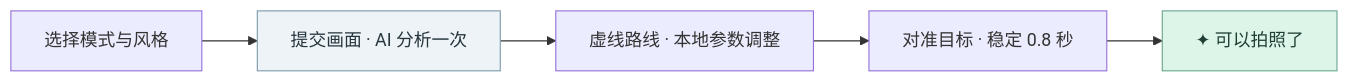
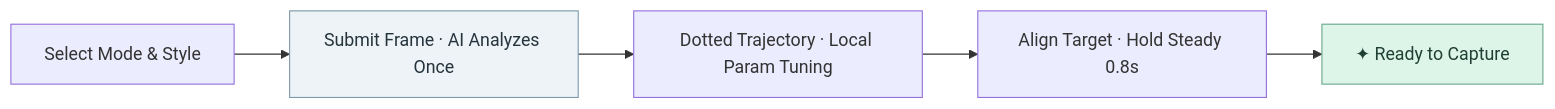
The diagram in README.md (summ9919/Drama), drawn with Mermaid before and after one commit. The commit also changed other lines of this file and 2 other files, not shown here.

````diff
--- a/README.md
+++ b/README.md
@@ -157,9 +157,9 @@
 ```mermaid
 flowchart LR
-    A[选择模式与风格] --> B[提交画面 · AI 分析一次]
-    B --> C[虚线路线 · 本地参数调整]
-    C --> D[对准目标 · 稳定 0.8 秒]
-    D --> E[✦ 可以拍照了]
+    A[Select Mode & Style] --> B[Submit Frame · AI Analyzes Once]
+    B --> C[Dotted Trajectory · Local Param Tuning]
+    C --> D[Align Target · Hold Steady 0.8s]
+    D --> E[✦ Ready to Capture]
     style B fill:#EDF3F6,stroke:#7D9AAC,color:#25343D
     style E fill:#DDF5E9,stroke:#69A68C,color:#203F35
 ```
````
